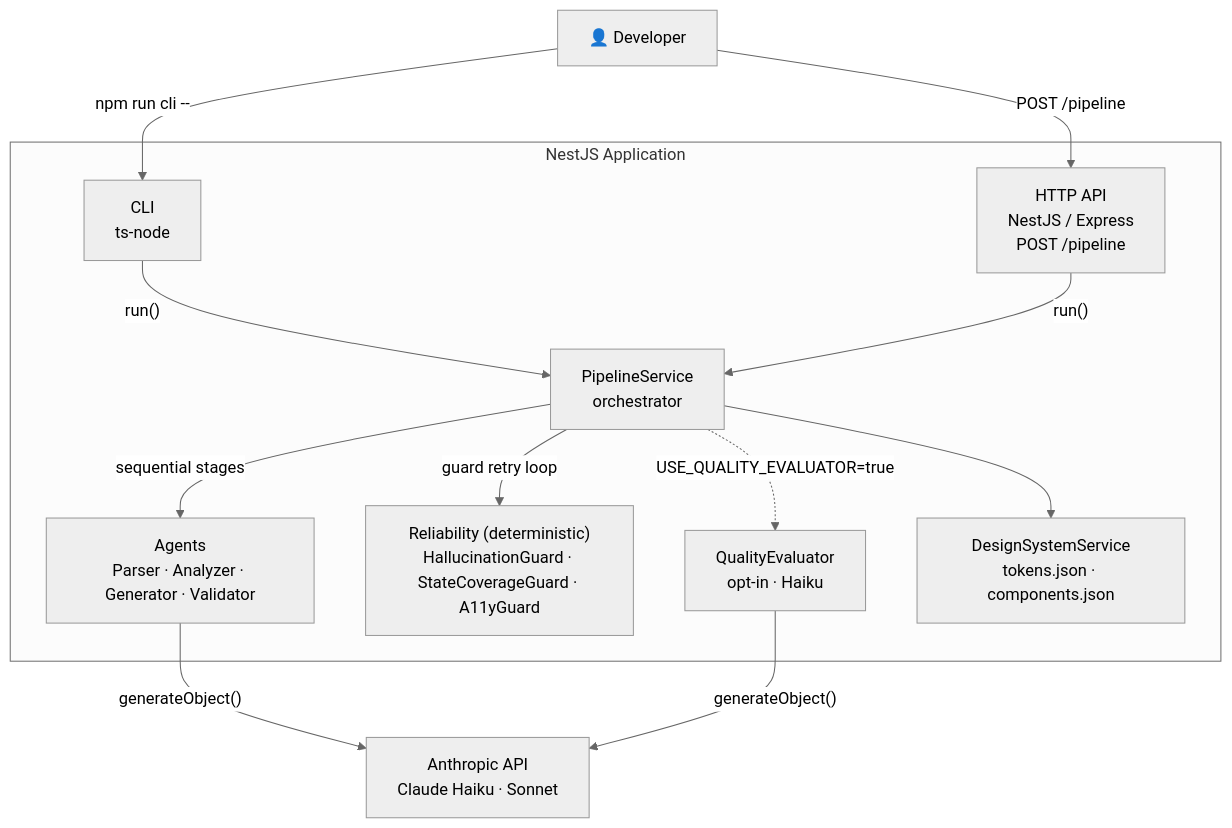
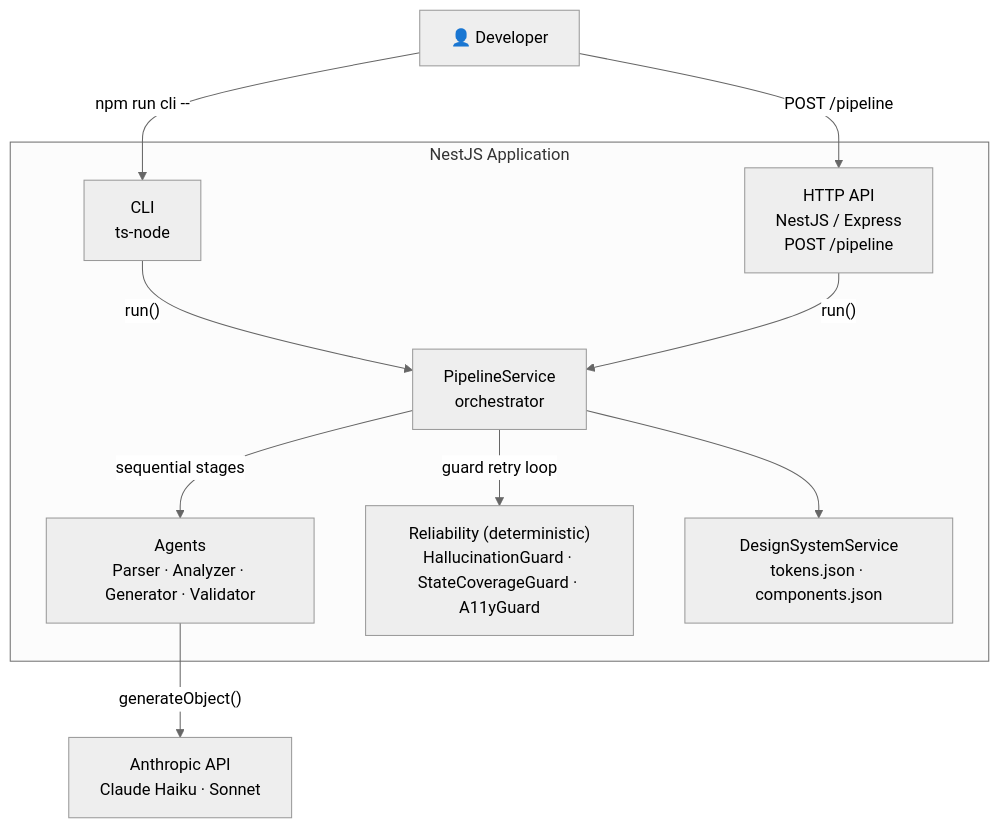
One commit to just3is-dev/unlimit-test changed the second of 3 diagrams in README.md. Above: the diagram before and after it, drawn with Mermaid (neutral theme). The commit also changed other lines of this file and 14 other files, not shown here.

First line of the commit message:
refactor: remove QualityEvaluator — passive opt-in stage that influenced nothing

````diff
--- a/README.md
+++ b/README.md
@@ -106,26 +98,23 @@
 ```mermaid
 flowchart TD
     dev["👤 Developer"]
     anthropic["Anthropic API\nClaude Haiku · Sonnet"]
 
     subgraph app["NestJS Application"]
         cli["CLI\nts-node"]
         http["HTTP API\nNestJS / Express\nPOST /pipeline"]
         svc["PipelineService\norchestrator"]
         agents["Agents\nParser · Analyzer · Generator · Validator"]
         reliability["Reliability (deterministic)\nHallucinationGuard · StateCoverageGuard · A11yGuard"]
-        qe["QualityEvaluator\nopt-in · Haiku"]
         ds["DesignSystemService\ntokens.json · components.json"]
     end
 
     dev -->|"npm run cli --"| cli
     dev -->|"POST /pipeline"| http
     cli -->|"run()"| svc
     http -->|"run()"| svc
     svc -->|"sequential stages"| agents
     svc -->|"guard retry loop"| reliability
-    svc -.->|"USE_QUALITY_EVALUATOR=true"| qe
     svc --> ds
     agents -->|"generateObject()"| anthropic
-    qe -->|"generateObject()"| anthropic
 ```
````
